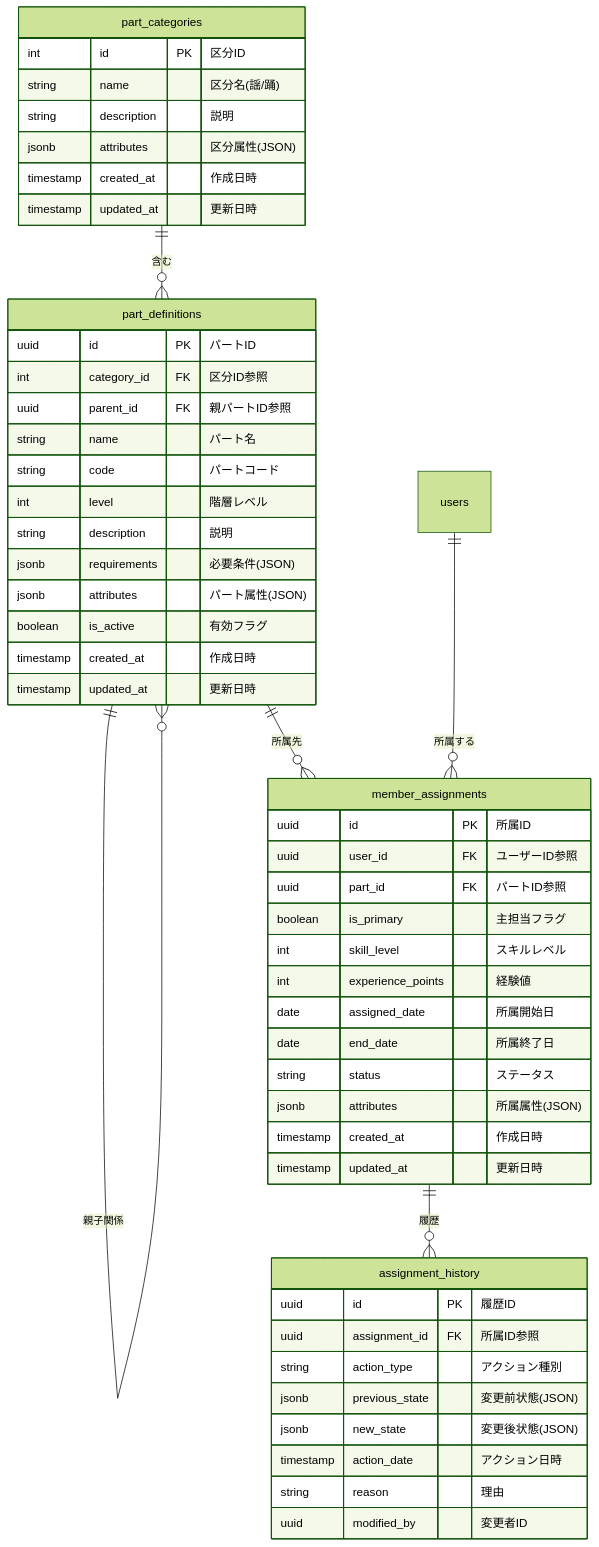
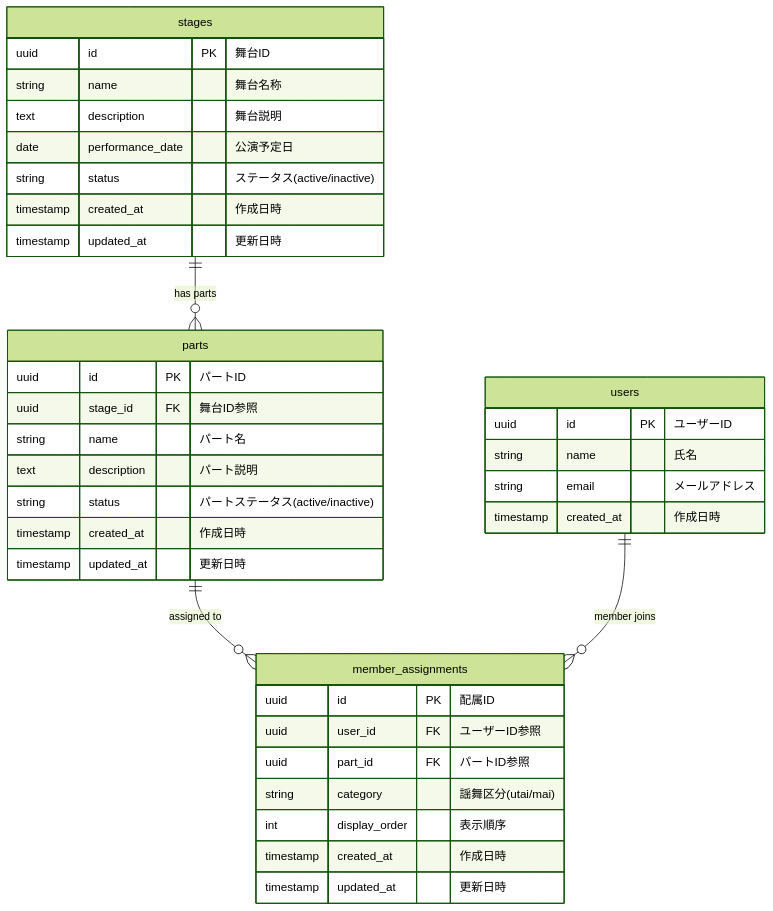
Before and after one commit to NowatariSoma/tomosigoto_nou_system: the diagram in tickets/phase_1/backend/BACK-DB-001/BACK-DB-001.2/README.md, drawn with Mermaid (forest theme). The commit also changed other lines of this file and 2 other files, not shown here.

````diff
--- a/tickets/phase_1/backend/BACK-DB-001/BACK-DB-001.2/README.md
+++ b/tickets/phase_1/backend/BACK-DB-001/BACK-DB-001.2/README.md
@@ -76,58 +62,43 @@
 ```mermaid
 erDiagram
-    part_categories ||--o{ part_definitions : "含む"
-    part_definitions ||--o{ part_definitions : "親子関係"
-    part_definitions ||--o{ member_assignments : "所属先"
-    users ||--o{ member_assignments : "所属する"
-    member_assignments ||--o{ assignment_history : "履歴"
+    stages ||--o{ parts : "has parts"
+    parts ||--o{ member_assignments : "assigned to"
+    users ||--o{ member_assignments : "member joins"
     
-    part_categories {
-        int id PK "区分ID"
-        string name "区分名(謡/踊)"
-        string description "説明"
-        jsonb attributes "区分属性(JSON)"
+    stages {
+        uuid id PK "舞台ID"
+        string name "舞台名称"
+        text description "舞台説明"
+        date performance_date "公演予定日"
+        string status "ステータス(active/inactive)"
         timestamp created_at "作成日時"
         timestamp updated_at "更新日時"
     }
     
-    part_definitions {
+    parts {
         uuid id PK "パートID"
-        int category_id FK "区分ID参照"
-        uuid parent_id FK "親パートID参照"
+        uuid stage_id FK "舞台ID参照"
         string name "パート名"
-        string code "パートコード"
-        int level "階層レベル"
-        string description "説明"
-        jsonb requirements "必要条件(JSON)"
-        jsonb attributes "パート属性(JSON)"
-        boolean is_active "有効フラグ"
+        text description "パート説明"
+        string status "パートステータス(active/inactive)"
         timestamp created_at "作成日時"
         timestamp updated_at "更新日時"
     }
     
+    users {
+        uuid id PK "ユーザーID"
+        string name "氏名"
+        string email "メールアドレス"
+        timestamp created_at "作成日時"
+    }
+    
     member_assignments {
-        uuid id PK "所属ID"
+        uuid id PK "配属ID"
         uuid user_id FK "ユーザーID参照"
         uuid part_id FK "パートID参照"
-        boolean is_primary "主担当フラグ"
-        int skill_level "スキルレベル"
-        int experience_points "経験値"
-        date assigned_date "所属開始日"
-        date end_date "所属終了日"
-        string status "ステータス"
-        jsonb attributes "所属属性(JSON)"
+        string category "謡舞区分(utai/mai)"
+        int display_order "表示順序"
         timestamp created_at "作成日時"
         timestamp updated_at "更新日時"
     }
-    
-    assignment_history {
-        uuid id PK "履歴ID"
-        uuid assignment_id FK "所属ID参照"
-        string action_type "アクション種別"
-        jsonb previous_state "変更前状態(JSON)"
-        jsonb new_state "変更後状態(JSON)"
-        timestamp action_date "アクション日時"
-        string reason "理由"
-        uuid modified_by "変更者ID"
-    }
 ```
````
